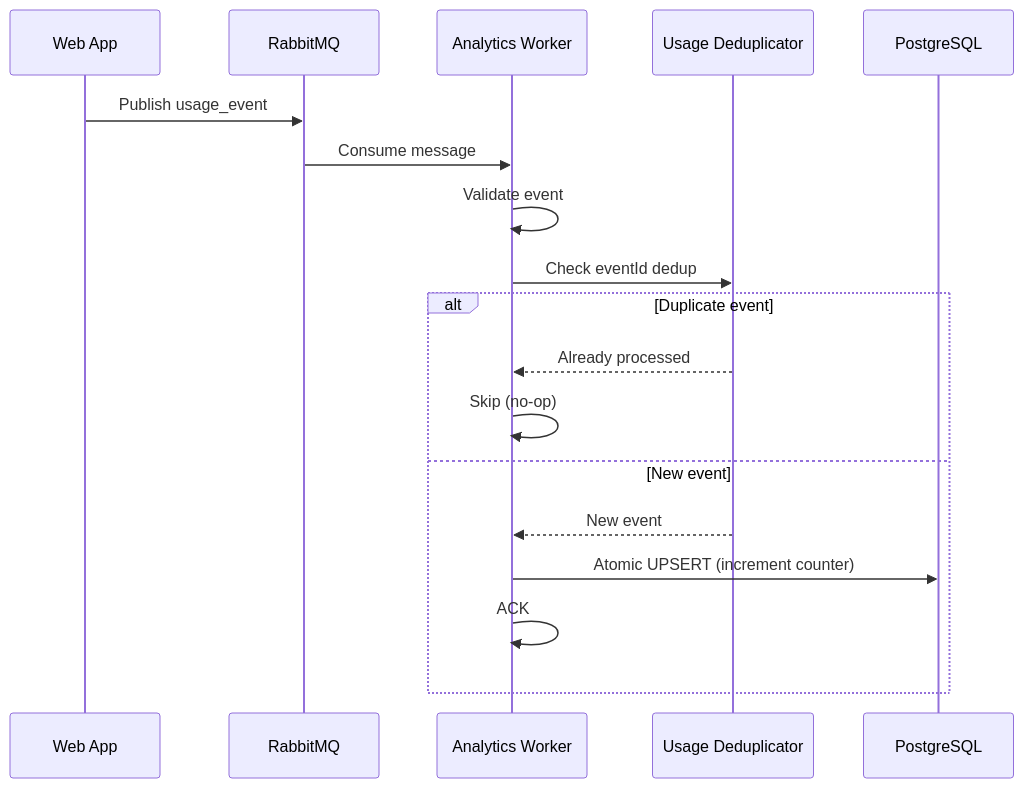
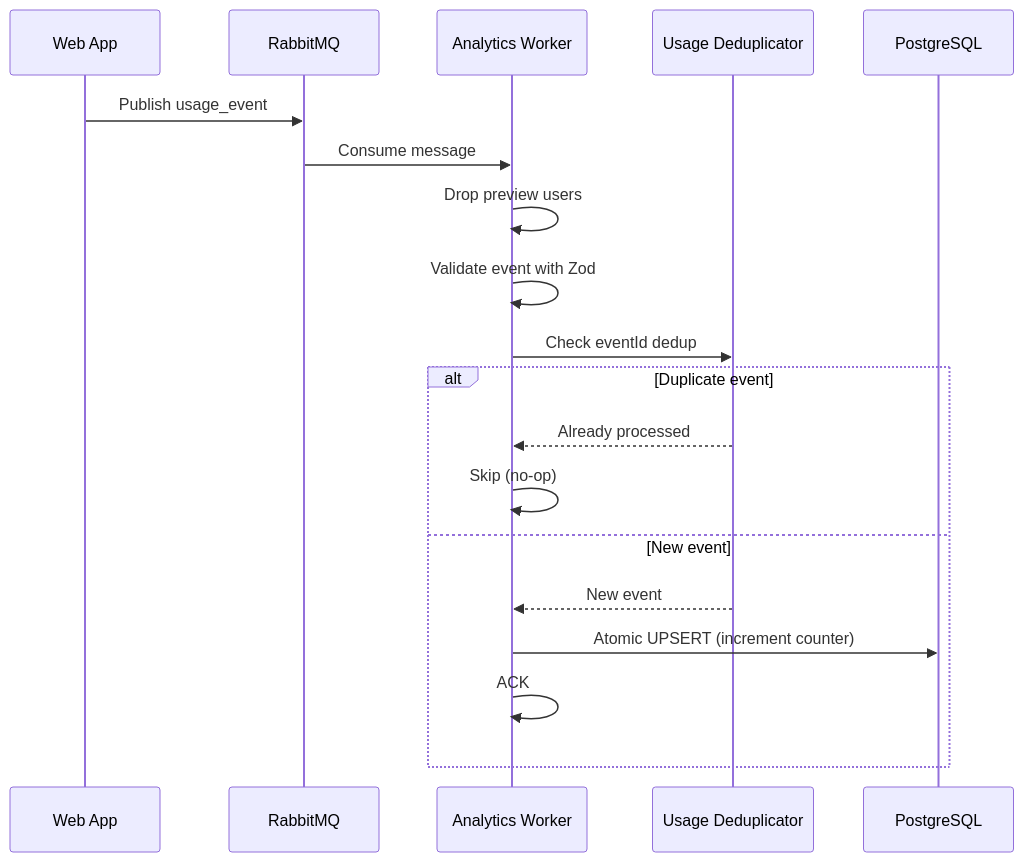
Before and after one commit to kunalPisolkar24/detectAI: the fifth of 8 diagrams in services/workers/docs/concepts/message-flows.md, drawn with Mermaid. The commit also changed other lines of this file and 10 other files, not shown here.

````diff
--- a/services/workers/docs/concepts/message-flows.md
+++ b/services/workers/docs/concepts/message-flows.md
@@ -91,21 +174,22 @@
 ```mermaid
 sequenceDiagram
     participant Web as Web App
     participant RMQ as RabbitMQ
     participant Worker as Analytics Worker
     participant Dedup as Usage Deduplicator
     participant DB as PostgreSQL
 
     Web->>RMQ: Publish usage_event
     RMQ->>Worker: Consume message
-    Worker->>Worker: Validate event
+    Worker->>Worker: Drop preview users
+    Worker->>Worker: Validate event with Zod
     Worker->>Dedup: Check eventId dedup
     alt Duplicate event
         Dedup-->>Worker: Already processed
         Worker->>Worker: Skip (no-op)
     else New event
         Dedup-->>Worker: New event
         Worker->>DB: Atomic UPSERT (increment counter)
         Worker->>Worker: ACK
     end
 ```
````
